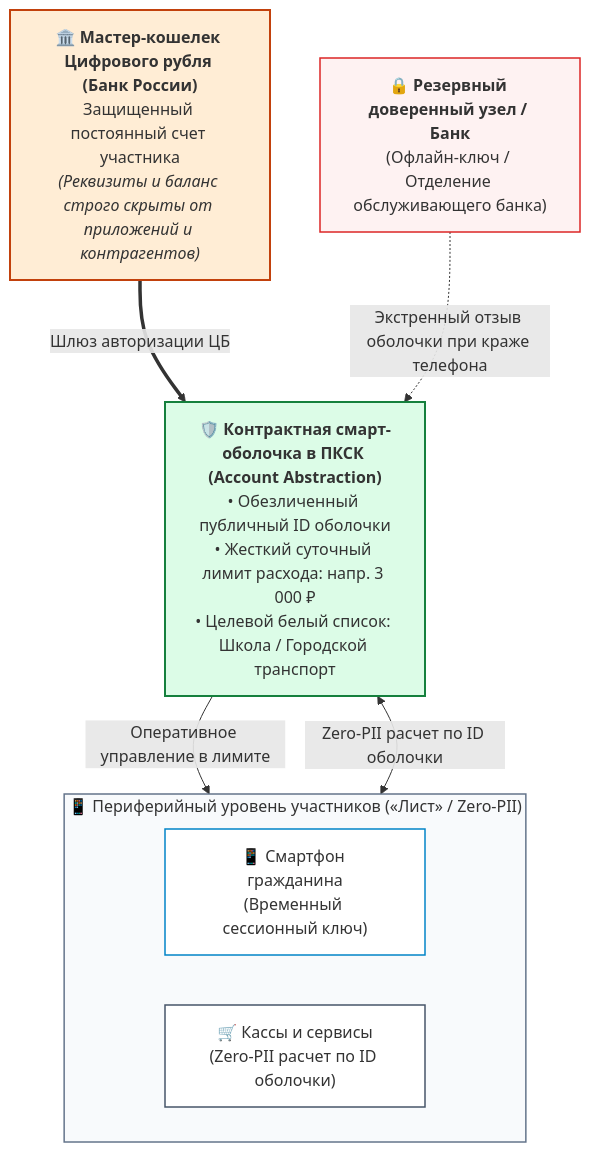
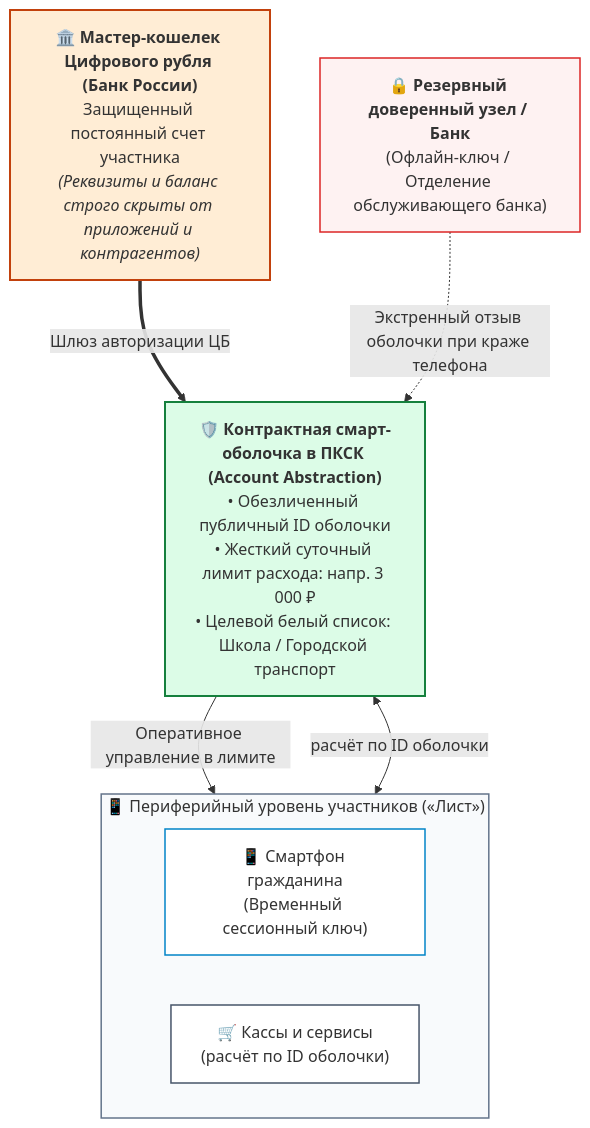
The sixth of 7 diagrams in shared_docs/whitepapers/06_cbr_smart_contracts_fsm_whitepaper.md (Data-Independence-Network/presentations), drawn with Mermaid before and after one commit. The commit also changed other lines of this file and 8 other files, not shown here.

````diff
--- a/shared_docs/whitepapers/06_cbr_smart_contracts_fsm_whitepaper.md
+++ b/shared_docs/whitepapers/06_cbr_smart_contracts_fsm_whitepaper.md
@@ -369,26 +369,26 @@
 ```mermaid
 flowchart TD
     MasterWallet["🏛️ <b>Мастер-кошелек Цифрового рубля (Банк России)</b><br/>Защищенный постоянный счет участника<br/><i>(Реквизиты и баланс строго скрыты от приложений и контрагентов)</i>"]
     
     Wrapper["🛡️ <b>Контрактная смарт-оболочка в ПКСК (Account Abstraction)</b><br/>• Обезличенный публичный ID оболочки<br/>• Жесткий суточный лимит расхода: напр. 3 000 ₽<br/>• Целевой белый список: Школа / Городской транспорт"]
 
     RevokeNode["🔒 <b>Резервный доверенный узел / Банк</b><br/>(Офлайн-ключ / Отделение обслуживающего банка)"]
 
-    subgraph Periphery ["📱 Периферийный уровень участников («Лист» / Zero-PII)"]
+    subgraph Periphery ["📱 Периферийный уровень участников («Лист»)"]
         direction LR
         Phone["📱 Смартфон гражданина<br/>(Временный сессионный ключ)"]
-        Merchant["🛒 Кассы и сервисы<br/>(Zero-PII расчет по ID оболочки)"]
+        Merchant["🛒 Кассы и сервисы<br/>(расчёт по ID оболочки)"]
     end
 
     MasterWallet ==>|"Шлюз авторизации ЦБ"| Wrapper
     RevokeNode -.->|"Экстренный отзыв оболочки при краже телефона"| Wrapper
     Wrapper -->|"Оперативное управление в лимите"| Phone
-    Wrapper <-->|"Zero-PII расчет по ID оболочки"| Merchant
+    Wrapper <-->|"расчёт по ID оболочки"| Merchant
 
     style MasterWallet fill:#ffedd5,stroke:#c2410c,stroke-width:2px
     style Wrapper fill:#dcfce7,stroke:#15803d,stroke-width:2px
     style Periphery fill:#f8fafc,stroke:#64748b,stroke-width:1.5px
     style RevokeNode fill:#fef2f2,stroke:#dc2626,stroke-width:1.5px
     style Phone fill:#ffffff,stroke:#0284c7,stroke-width:1.5px
     style Merchant fill:#ffffff,stroke:#475569,stroke-width:1.5px
 ```
````
